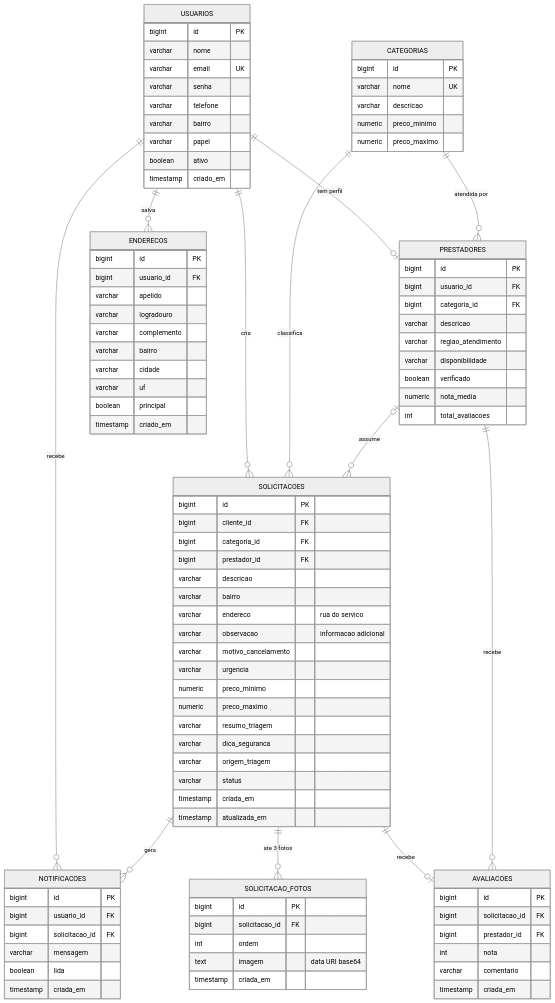
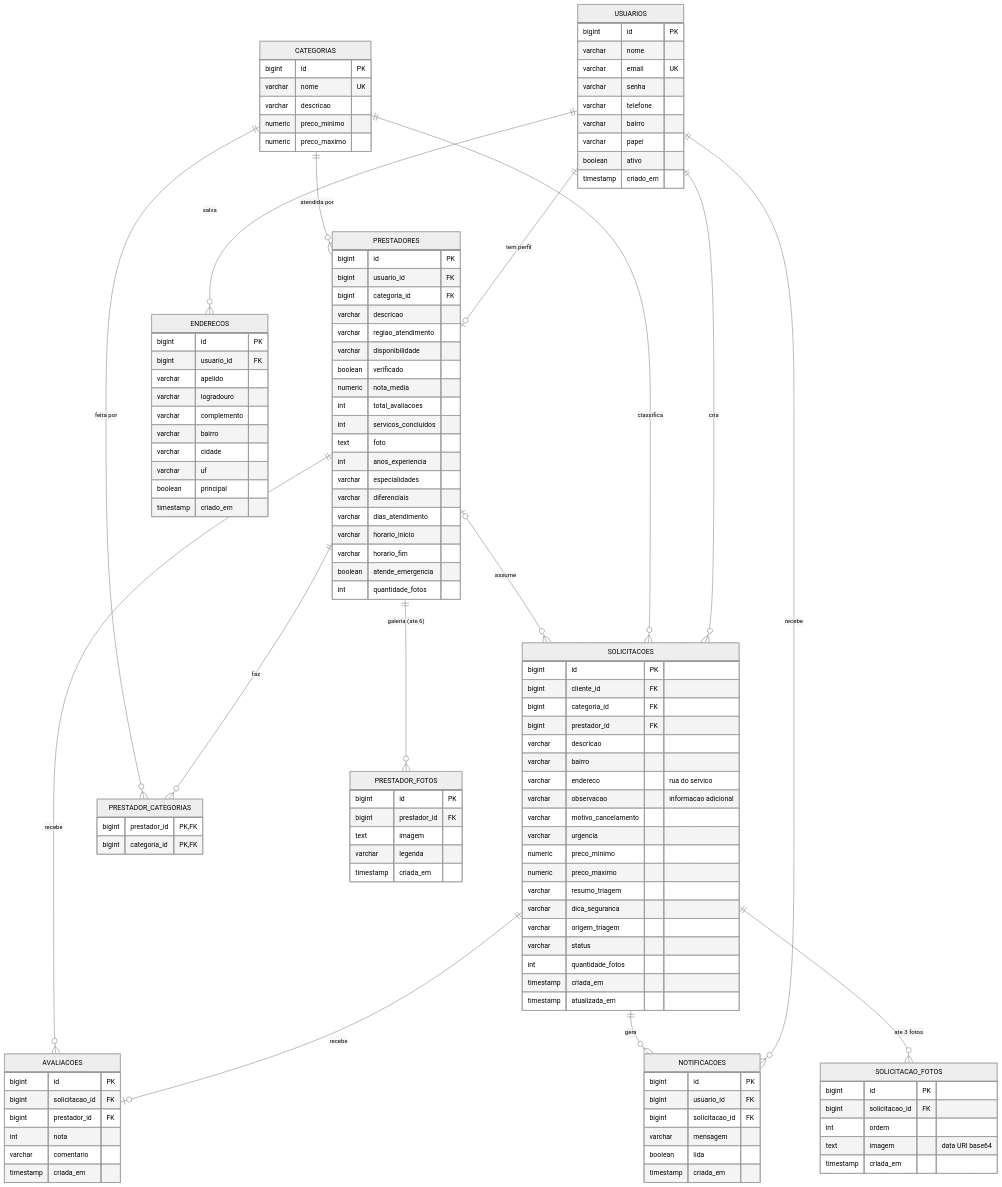
Before and after one commit to kaiky06301/bico-certo-java: the third of 6 diagrams in README.md, drawn with Mermaid (neutral theme). The commit also changed other lines of this file and 11 other files, not shown here.

Commit message:
Repositórios só com consultas pelo nome do método e contadores na tabela; diagramas atualizados

```diff
--- a/README.md
+++ b/README.md
@@ -213,6 +245,20 @@
 
     USUARIOS ||--o{ ENDERECOS : "salva"
     SOLICITACOES ||--o{ SOLICITACAO_FOTOS : "ate 3 fotos"
+    PRESTADORES ||--o{ PRESTADOR_CATEGORIAS : "faz"
+    CATEGORIAS ||--o{ PRESTADOR_CATEGORIAS : "feita por"
+    PRESTADORES ||--o{ PRESTADOR_FOTOS : "galeria (ate 6)"
+    PRESTADOR_CATEGORIAS {
+        bigint prestador_id PK, FK
+        bigint categoria_id PK, FK
+    }
+    PRESTADOR_FOTOS {
+        bigint id PK
+        bigint prestador_id FK
+        text imagem
+        varchar legenda
+        timestamp criada_em
+    }
     SOLICITACAO_FOTOS {
         bigint id PK
         bigint solicitacao_id FK
@@ -260,6 +306,16 @@
         boolean verificado
         numeric nota_media
         int total_avaliacoes
+        int servicos_concluidos
+        text foto
+        int anos_experiencia
+        varchar especialidades
+        varchar diferenciais
+        varchar dias_atendimento
+        varchar horario_inicio
+        varchar horario_fim
+        boolean atende_emergencia
+        int quantidade_fotos
     }
     SOLICITACOES {
         bigint id PK
@@ -278,6 +334,7 @@
         varchar dica_seguranca
         varchar origem_triagem
         varchar status
+        int quantidade_fotos
         timestamp criada_em
         timestamp atualizada_em
     }
```
